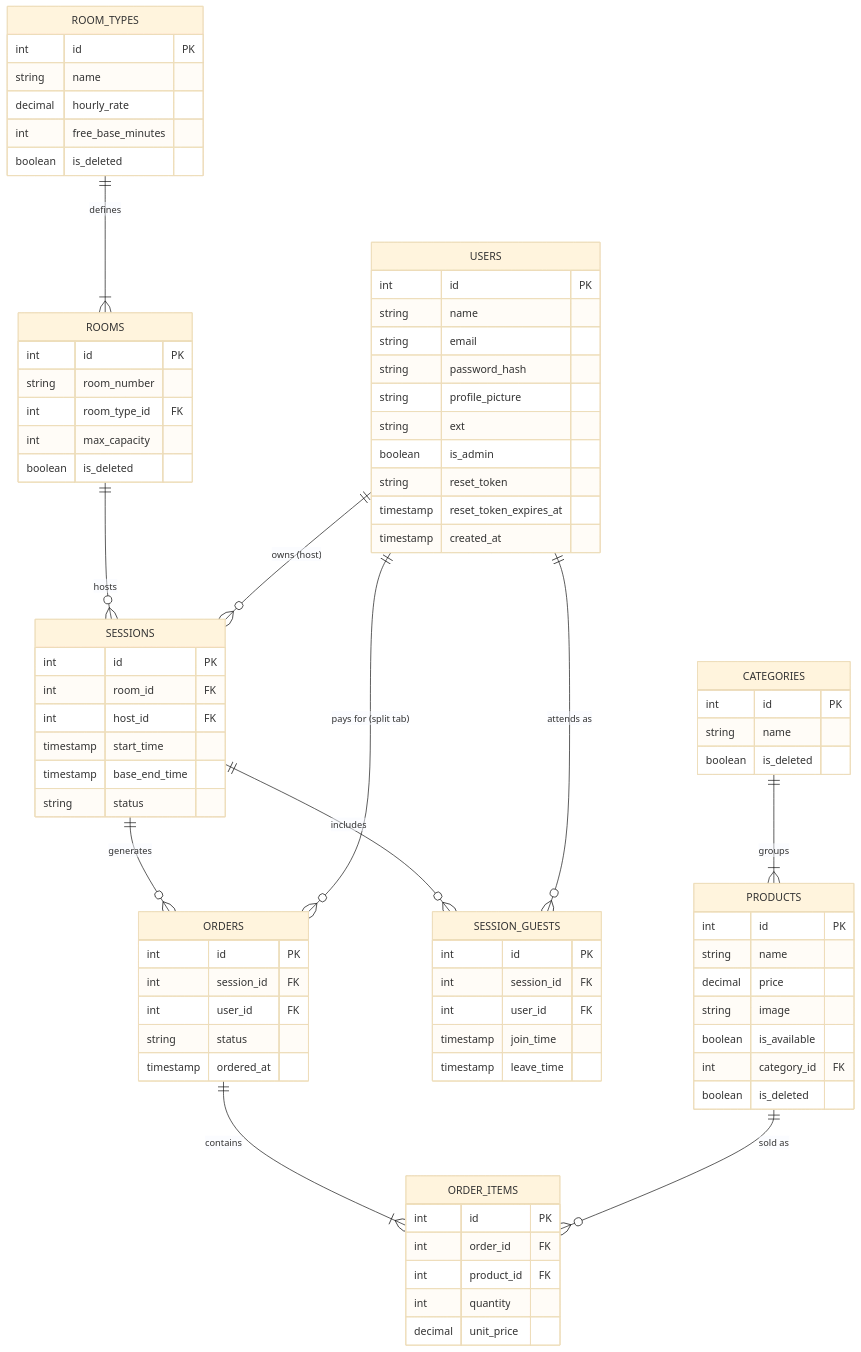
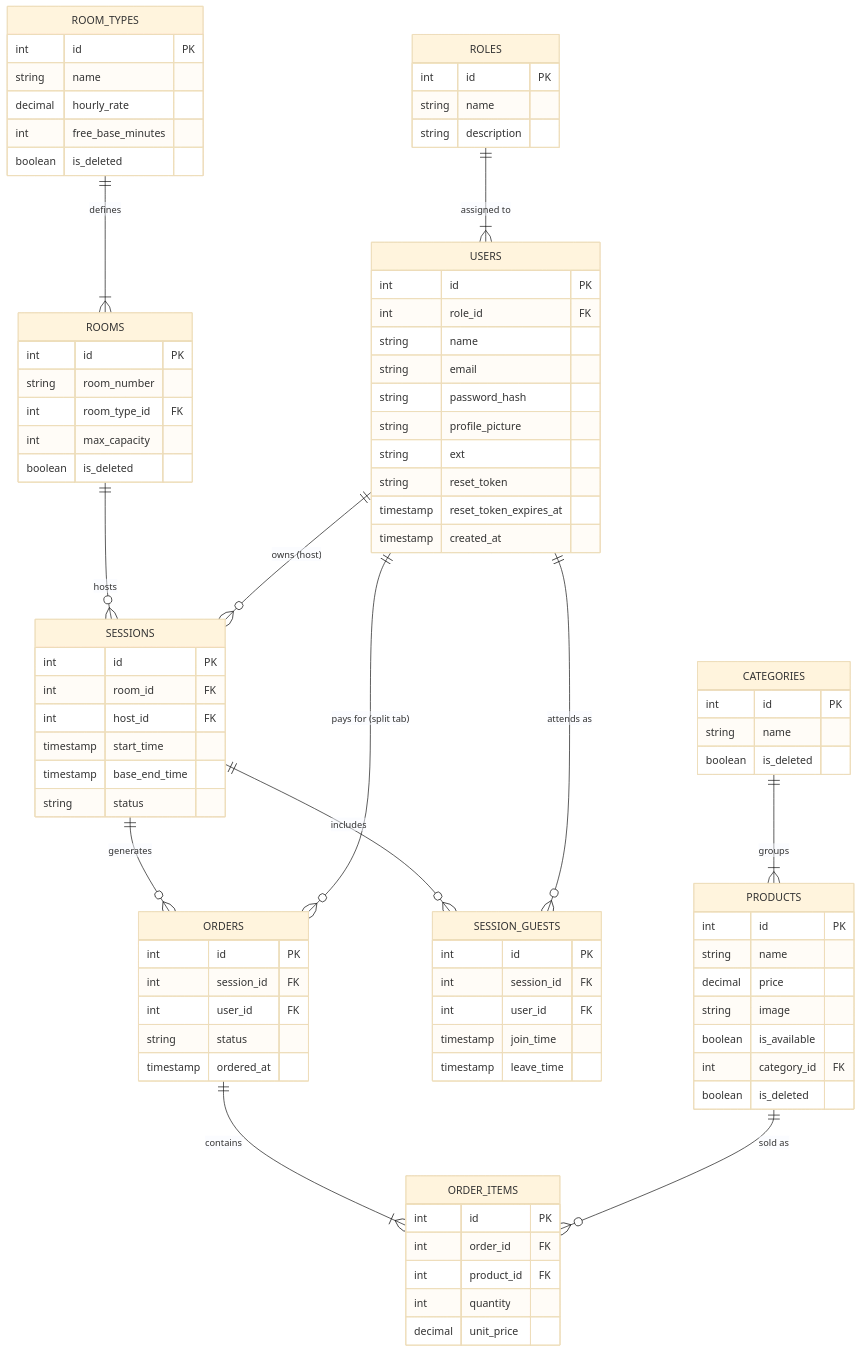
The second of 2 diagrams in README.md (Telemachus19/Pava-Coffee), drawn with Mermaid (base theme) before and after one commit.

Commit message:
update: Refactor USERS table in ERD to include role_id and additional fields; add ROLES table and relationships. To implement RBAC

````diff
--- a/README.md
+++ b/README.md
@@ -65,5 +65,24 @@
 ```mermaid
 erDiagram
+  ROLES {
+    int id PK
+    string name
+    string description
+  }
+
+  USERS {
+    int id PK
+    int role_id FK
+    string name
+    string email
+    string password_hash
+    string profile_picture
+    string ext
+    string reset_token
+    timestamp reset_token_expires_at
+    timestamp created_at
+  }
+
   ROOM_TYPES {
     int id PK
     string name
@@ -94,19 +113,6 @@
     boolean is_available
     int category_id FK
     boolean is_deleted
-  }
-
-  USERS {
-    int id PK
-    string name
-    string email
-    string password_hash
-    string profile_picture
-    string ext
-    boolean is_admin
-    string reset_token
-    timestamp reset_token_expires_at
-    timestamp created_at
   }
 
   SESSIONS {
@@ -143,6 +149,8 @@
   }
 
   %% Relationships
+  ROLES ||--|{ USERS : "assigned to"
+
   ROOM_TYPES ||--|{ ROOMS : "defines"
   ROOMS ||--o{ SESSIONS : "hosts"
   USERS ||--o{ SESSIONS : "owns (host)"
````
